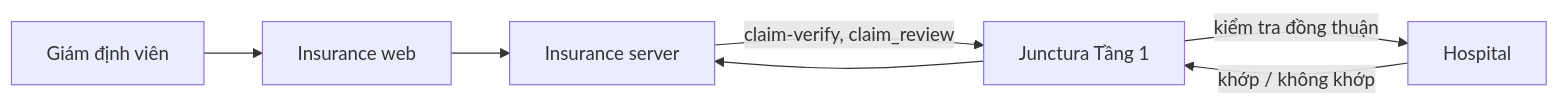
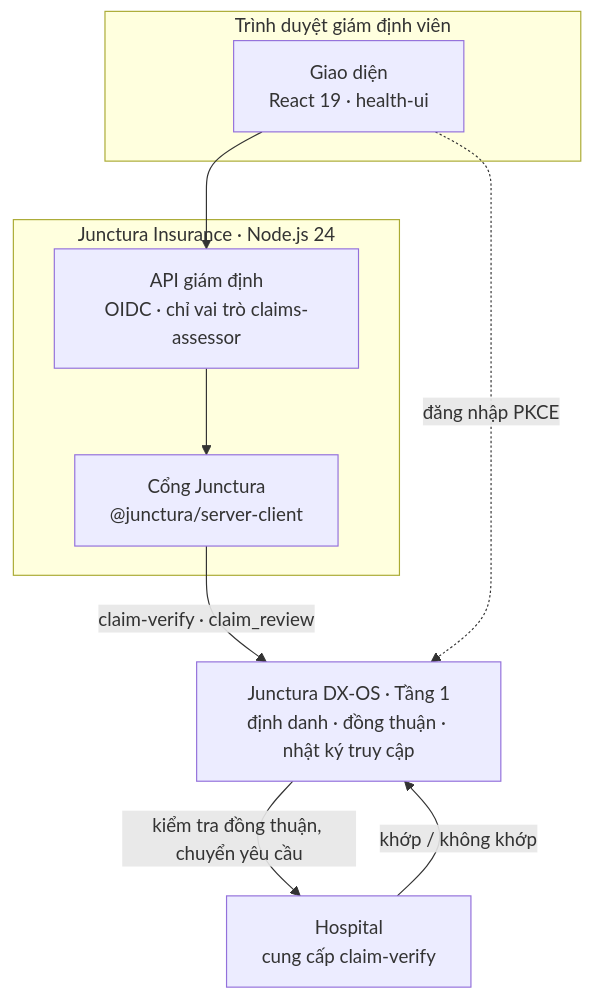
One commit to vku2-open-source-2026/junctura-insurance changed the first of 2 diagrams in README.md. Above: the diagram before and after it, drawn with Mermaid. The commit also changed other lines of this file, not shown here.

````diff
--- a/README.md
+++ b/README.md
@@ -30,8 +103,21 @@
 ```mermaid
-flowchart LR
-  A[Giám định viên] --> W[Insurance web]
-  W --> S[Insurance server]
-  S -- claim-verify, claim_review --> J[Junctura Tầng 1]
-  J -- kiểm tra đồng thuận --> H[Hospital]
-  H -- khớp / không khớp --> J --> S
+flowchart TB
+  subgraph BROWSER["Trình duyệt giám định viên"]
+    SPA["Giao diện<br/>React 19 · health-ui"]
+  end
+
+  subgraph INSURANCE["Junctura Insurance · Node.js 24"]
+    API["API giám định<br/>OIDC · chỉ vai trò claims-assessor"]
+    GW["Cổng Junctura<br/>@junctura/server-client"]
+  end
+
+  J["Junctura DX-OS · Tầng 1<br/>định danh · đồng thuận · nhật ký truy cập"]
+  H["Hospital<br/>cung cấp claim-verify"]
+
+  SPA --> API
+  API --> GW
+  GW -- "claim-verify · claim_review" --> J
+  J -- "kiểm tra đồng thuận, chuyển yêu cầu" --> H
+  H -- "khớp / không khớp" --> J
+  SPA -. đăng nhập PKCE .-> J
 ```
````
